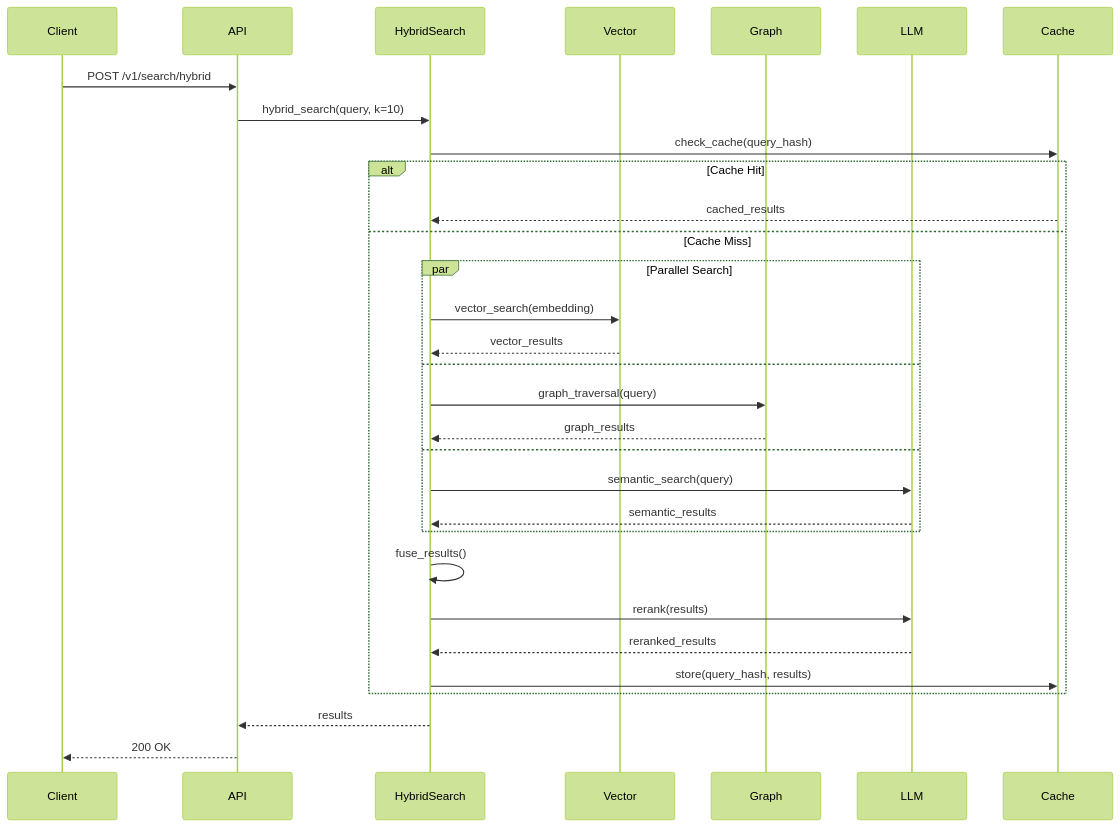
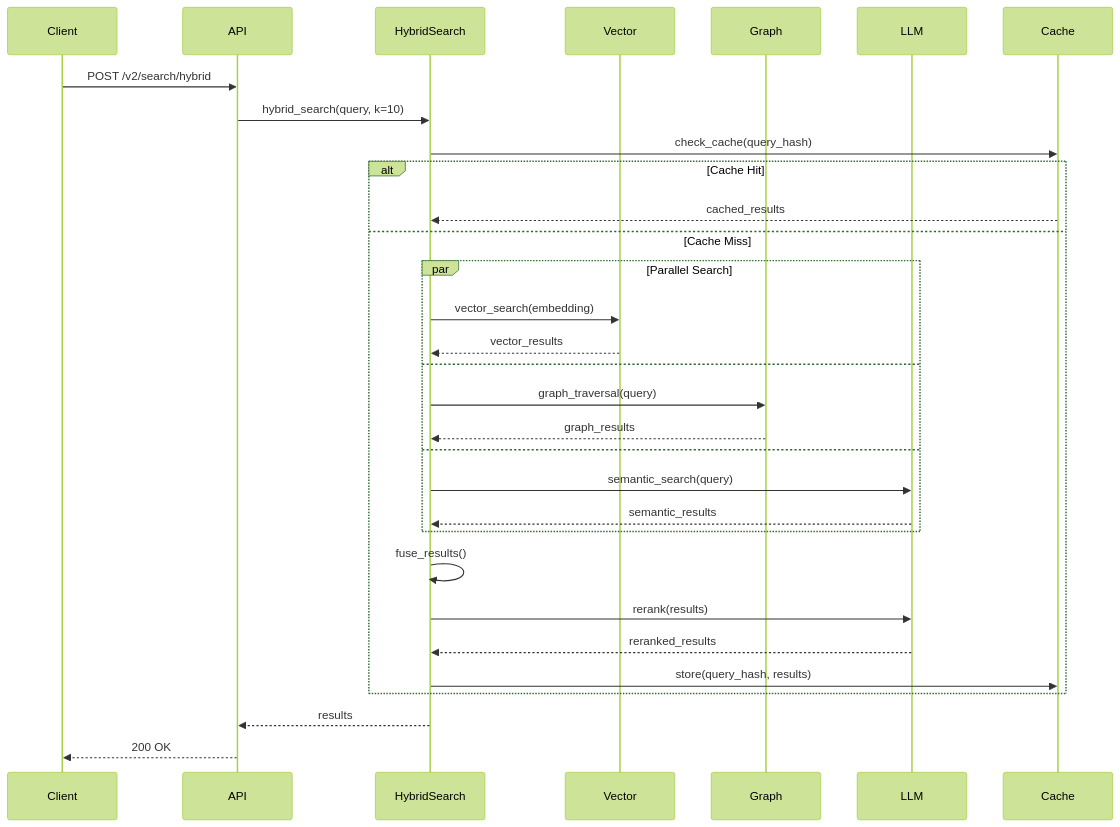
The third of 13 diagrams in docs/reference/architecture/ARCHITECTURE_DIAGRAMS.md (dreamsoft-pro/RAE-agentic-memory), drawn with Mermaid (forest theme) before and after one commit. The commit also changed other lines of this file and 112 other files, not shown here.

````diff
--- a/docs/reference/architecture/ARCHITECTURE_DIAGRAMS.md
+++ b/docs/reference/architecture/ARCHITECTURE_DIAGRAMS.md
@@ -82,39 +82,39 @@
 ```mermaid
 sequenceDiagram
     participant Client
     participant API
     participant HybridSearch
     participant Vector
     participant Graph
     participant LLM
     participant Cache
 
-    Client->>API: POST /v1/search/hybrid
+    Client->>API: POST /v2/search/hybrid
     API->>HybridSearch: hybrid_search(query, k=10)
 
     HybridSearch->>Cache: check_cache(query_hash)
 
     alt Cache Hit
         Cache-->>HybridSearch: cached_results
     else Cache Miss
         par Parallel Search
             HybridSearch->>Vector: vector_search(embedding)
             Vector-->>HybridSearch: vector_results
         and
             HybridSearch->>Graph: graph_traversal(query)
             Graph-->>HybridSearch: graph_results
         and
             HybridSearch->>LLM: semantic_search(query)
             LLM-->>HybridSearch: semantic_results
         end
 
         HybridSearch->>HybridSearch: fuse_results()
         HybridSearch->>LLM: rerank(results)
         LLM-->>HybridSearch: reranked_results
 
         HybridSearch->>Cache: store(query_hash, results)
     end
 
     HybridSearch-->>API: results
     API-->>Client: 200 OK
 ```
````
